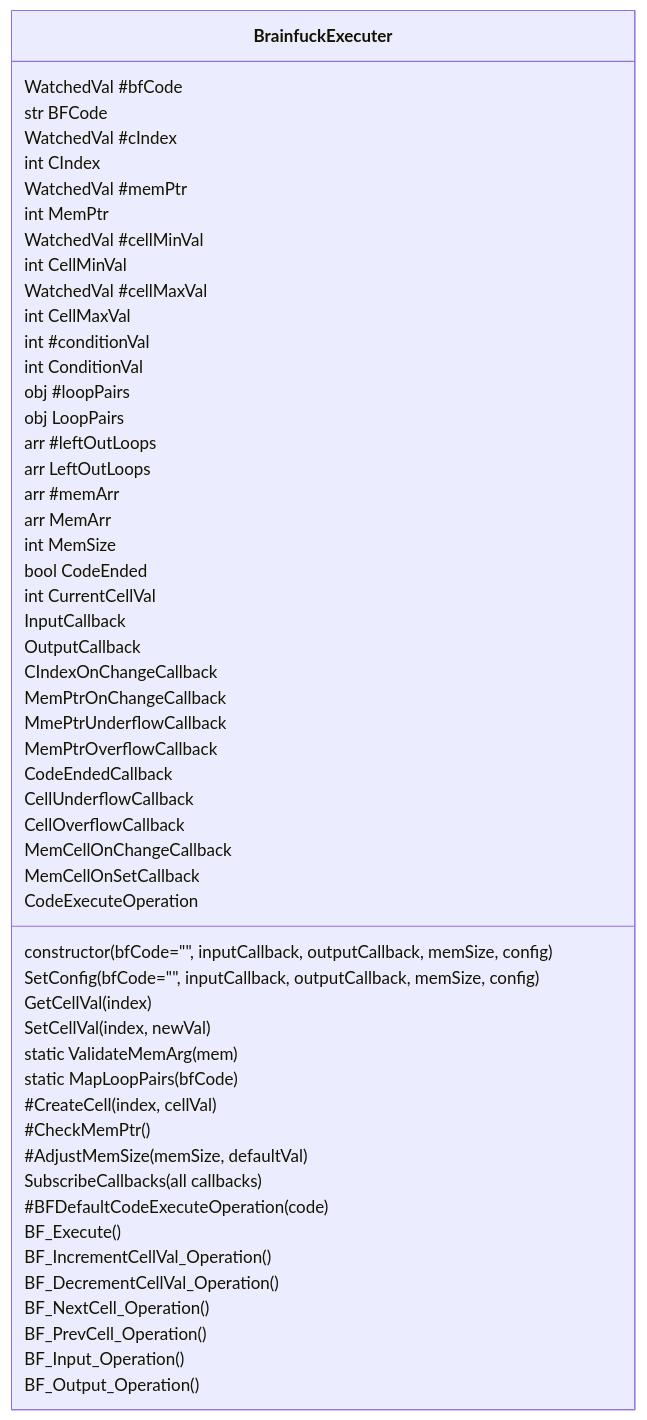
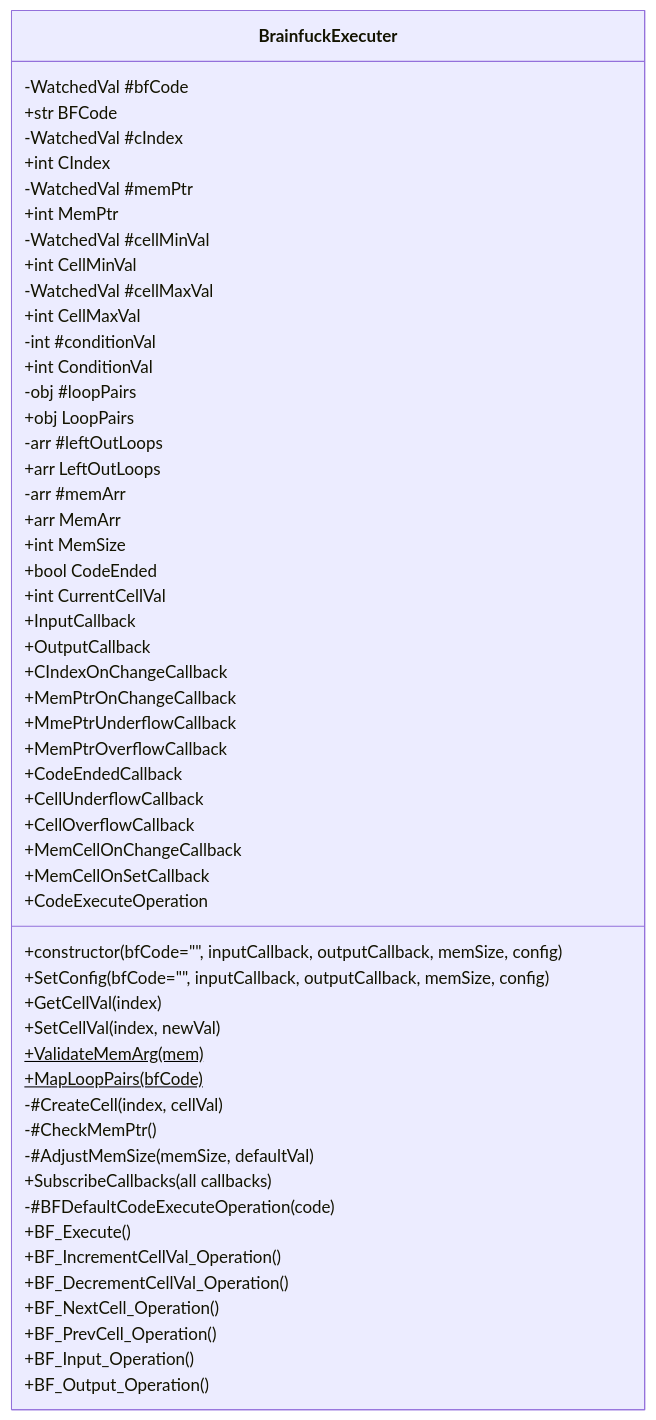
Before and after one commit to BCS21090011/BrainFucker: the first of 40 diagrams in Classes_Info/BrainfuckExecuter.md, drawn with Mermaid.

Commit message:
Added modifier in BrainfuckExecuter class diagram.

````diff
--- a/Classes_Info/BrainfuckExecuter.md
+++ b/Classes_Info/BrainfuckExecuter.md
@@ -3,62 +3,62 @@
 ```mermaid
 classDiagram
 
 class BrainfuckExecuter {
-    WatchedVal #bfCode
-    str BFCode
-    WatchedVal #cIndex
-    int CIndex
-    WatchedVal #memPtr
-    int MemPtr
-    WatchedVal #cellMinVal
-    int CellMinVal
-    WatchedVal #cellMaxVal
-    int CellMaxVal
+    -WatchedVal #bfCode
+    +str BFCode
+    -WatchedVal #cIndex
+    +int CIndex
+    -WatchedVal #memPtr
+    +int MemPtr
+    -WatchedVal #cellMinVal
+    +int CellMinVal
+    -WatchedVal #cellMaxVal
+    +int CellMaxVal
 
-    int #conditionVal
-    int ConditionVal
-    obj #loopPairs
-    obj LoopPairs
-    arr #leftOutLoops
-    arr LeftOutLoops
-    arr #memArr
-    arr MemArr
+    -int #conditionVal
+    +int ConditionVal
+    -obj #loopPairs
+    +obj LoopPairs
+    -arr #leftOutLoops
+    +arr LeftOutLoops
+    -arr #memArr
+    +arr MemArr
 
-    int MemSize
-    bool CodeEnded
-    int CurrentCellVal
+    +int MemSize
+    +bool CodeEnded
+    +int CurrentCellVal
 
-    InputCallback
-    OutputCallback
-    CIndexOnChangeCallback
-    MemPtrOnChangeCallback
-    MmePtrUnderflowCallback
-    MemPtrOverflowCallback
-    CodeEndedCallback
-    CellUnderflowCallback
-    CellOverflowCallback
-    MemCellOnChangeCallback
-    MemCellOnSetCallback
-    CodeExecuteOperation
+    +InputCallback
+    +OutputCallback
+    +CIndexOnChangeCallback
+    +MemPtrOnChangeCallback
+    +MmePtrUnderflowCallback
+    +MemPtrOverflowCallback
+    +CodeEndedCallback
+    +CellUnderflowCallback
+    +CellOverflowCallback
+    +MemCellOnChangeCallback
+    +MemCellOnSetCallback
+    +CodeExecuteOperation
 
-    constructor(bfCode="", inputCallback, outputCallback, memSize, config)
-    SetConfig(bfCode="", inputCallback, outputCallback, memSize, config)
-    GetCellVal(index)
-    SetCellVal(index, newVal)
-    static ValidateMemArg(mem)
-    static MapLoopPairs(bfCode)
-    #CreateCell(index, cellVal)
-    #CheckMemPtr()
-    #AdjustMemSize(memSize, defaultVal)
-    SubscribeCallbacks(all callbacks)
+    +constructor(bfCode="", inputCallback, outputCallback, memSize, config)
+    +SetConfig(bfCode="", inputCallback, outputCallback, memSize, config)
+    +GetCellVal(index)
+    +SetCellVal(index, newVal)
+    +ValidateMemArg(mem)$
+    +MapLoopPairs(bfCode)$
+    -#CreateCell(index, cellVal)
+    -#CheckMemPtr()
+    -#AdjustMemSize(memSize, defaultVal)
+    +SubscribeCallbacks(all callbacks)
 
-    #BFDefaultCodeExecuteOperation(code)
-    BF_Execute()
-    BF_IncrementCellVal_Operation()
-    BF_DecrementCellVal_Operation()
-    BF_NextCell_Operation()
-    BF_PrevCell_Operation()
-    BF_Input_Operation()
-    BF_Output_Operation()
+    -#BFDefaultCodeExecuteOperation(code)
+    +BF_Execute()
+    +BF_IncrementCellVal_Operation()
+    +BF_DecrementCellVal_Operation()
+    +BF_NextCell_Operation()
+    +BF_PrevCell_Operation()
+    +BF_Input_Operation()
+    +BF_Output_Operation()
 }
 ```
````
